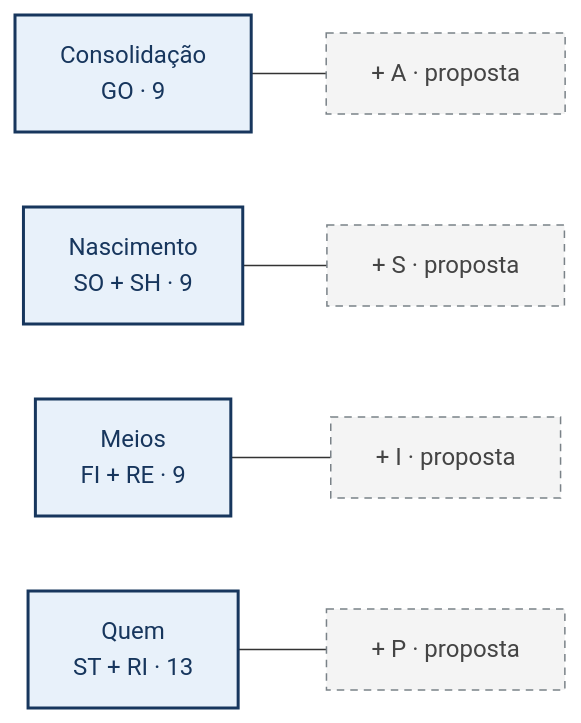
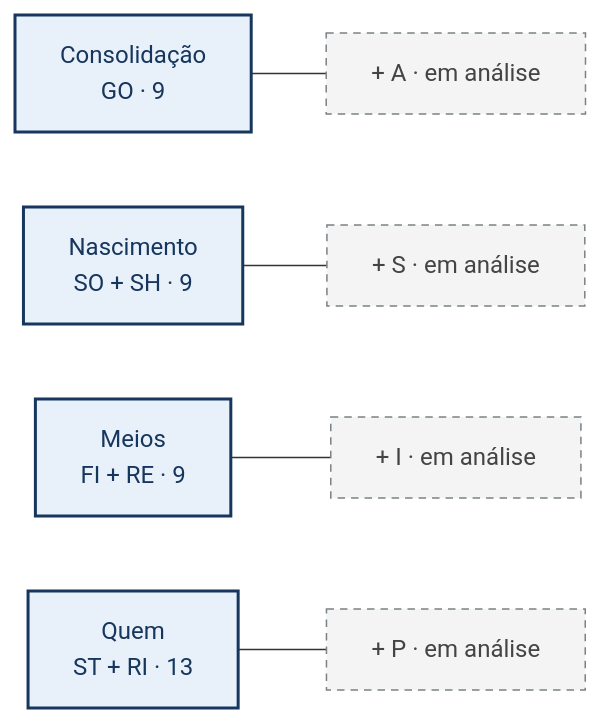
The third of 3 diagrams in _grupo/P3D/entregas/MD/P3D_Privacidade2_Relatorio_PT.md (cadu-unb/_POS-PPCA-GPTI_2026-2), drawn with Mermaid before and after one commit. The commit also changed other lines of this file and 19 other files, not shown here.

````diff
--- a/_grupo/P3D/entregas/MD/P3D_Privacidade2_Relatorio_PT.md
+++ b/_grupo/P3D/entregas/MD/P3D_Privacidade2_Relatorio_PT.md
@@ -224,11 +376,11 @@
 ```mermaid
 flowchart LR
-    CO["Consolidação<br/>GO · 9"] --- A["+ A · proposta"]
-    BI["Nascimento<br/>SO + SH · 9"] --- S["+ S · proposta"]
-    ME["Meios<br/>FI + RE · 9"] --- I["+ I · proposta"]
-    WH["Quem<br/>ST + RI · 13"] --- P["+ P · proposta"]
+    CO["Consolidação<br/>GO · 9"] --- A["+ A · em análise"]
+    BI["Nascimento<br/>SO + SH · 9"] --- S["+ S · em análise"]
+    ME["Meios<br/>FI + RE · 9"] --- I["+ I · em análise"]
+    WH["Quem<br/>ST + RI · 13"] --- P["+ P · em análise"]
     classDef group fill:#e8f1fa,stroke:#17365d,stroke-width:2px,color:#17365d
     classDef proposed fill:#f4f4f4,stroke:#7a8288,stroke-dasharray:5 4,color:#444444
     class CO,BI,ME,WH group
     class A,S,I,P proposed
 ```
````
